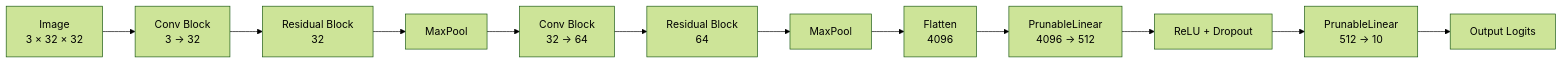
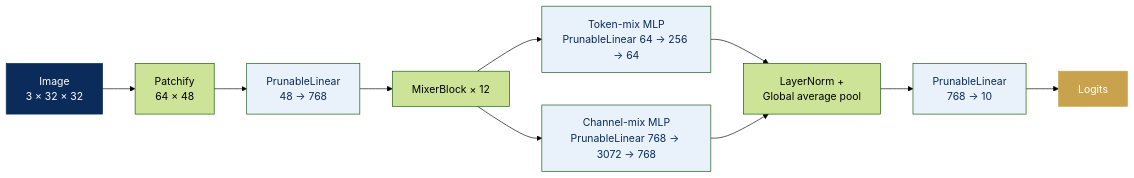
Before and after one commit to Pranav0518/Tredence_Self_Pruning_Neural_Network: the diagram in README.md, drawn with Mermaid (forest theme). The commit also changed other lines of this file, not shown here.

````diff
--- a/README.md
+++ b/README.md
@@ -125,19 +123,19 @@
 ```mermaid
 flowchart LR
-    A["Image<br/>3 × 32 × 32"] --> B["Conv Block<br/>3 → 32"]
-    B --> C["Residual Block<br/>32"]
-    C --> D["MaxPool"]
+    A["Image<br/>3 × 32 × 32"] --> B["Patchify<br/>64 × 48"]
+    B --> C["PrunableLinear<br/>48 → 768"]
+    C --> D["MixerBlock × 12"]
+    D --> D1["Token-mix MLP<br/>PrunableLinear 64 → 256 → 64"]
+    D --> D2["Channel-mix MLP<br/>PrunableLinear 768 → 3072 → 768"]
+    D1 --> E["LayerNorm +<br/>Global average pool"]
+    D2 --> E
+    E --> F["PrunableLinear<br/>768 → 10"]
+    F --> G["Logits"]
 
-    D --> E["Conv Block<br/>32 → 64"]
-    E --> F["Residual Block<br/>64"]
-    F --> G["MaxPool"]
-
-    G --> H["Flatten<br/>4096"]
-
-    H --> I["PrunableLinear<br/>4096 → 512"]
-    I --> J["ReLU + Dropout"]
-    J --> K["PrunableLinear<br/>512 → 10"]
-
-    K --> L["Output Logits"]
-
+    style A fill:#0B2C5A,color:#fff,stroke:#0B2C5A
+    style G fill:#C9A24E,color:#fff,stroke:#C9A24E
+    style C fill:#E9F1FB,color:#0B2C5A
+    style D1 fill:#E9F1FB,color:#0B2C5A
+    style D2 fill:#E9F1FB,color:#0B2C5A
+    style F fill:#E9F1FB,color:#0B2C5A
 ```
````
